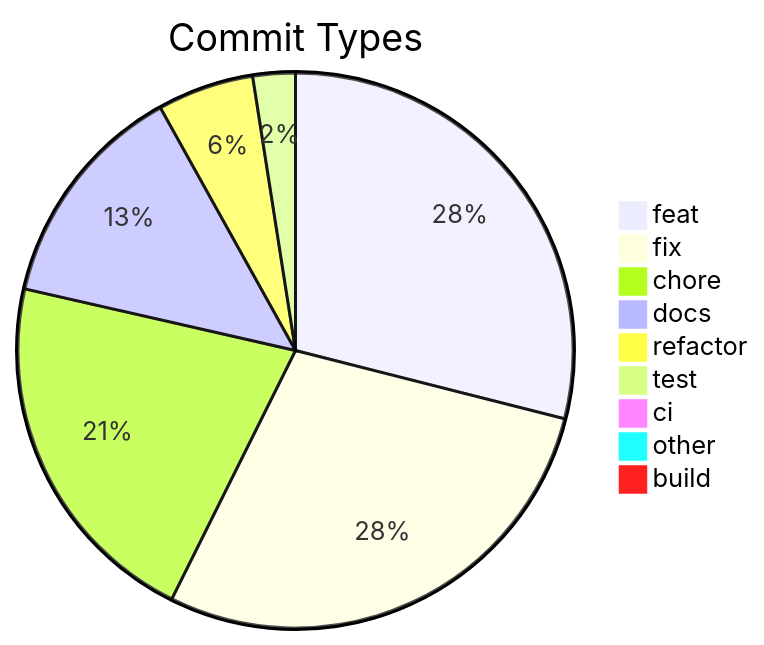
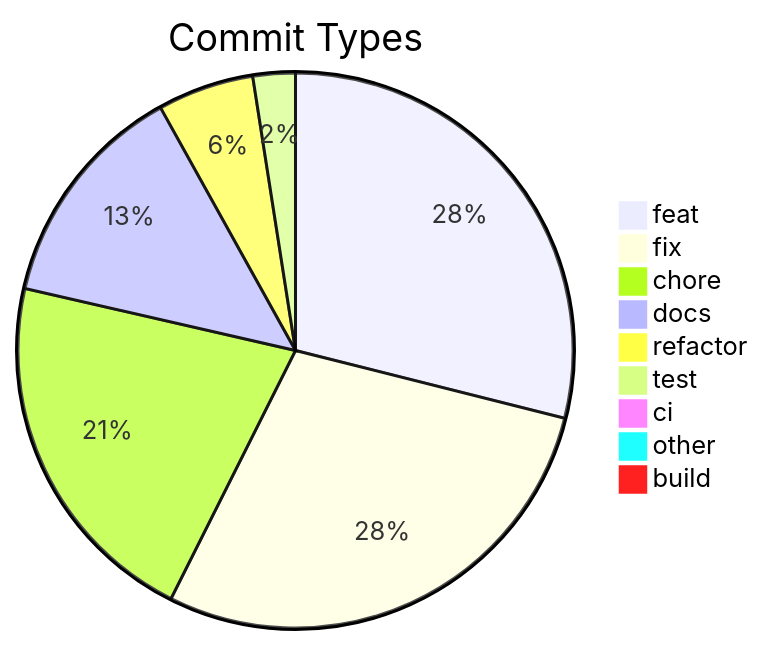
One commit to svenroth-ai/shipwright changed the diagram in .shipwright/compliance/change-history.md. Above: the diagram before and after it, drawn with Mermaid. The commit also changed other lines of this file and 22 other files, not shown here.

````diff
--- a/.shipwright/compliance/change-history.md
+++ b/.shipwright/compliance/change-history.md
@@ -8,12 +8,12 @@
 ```mermaid
 pie title Commit Types
     "feat" : 258
-    "fix" : 253
+    "fix" : 254
     "chore" : 189
     "docs" : 119
     "refactor" : 50
     "test" : 22
     "ci" : 7
     "other" : 7
     "build" : 1
 ```
````
